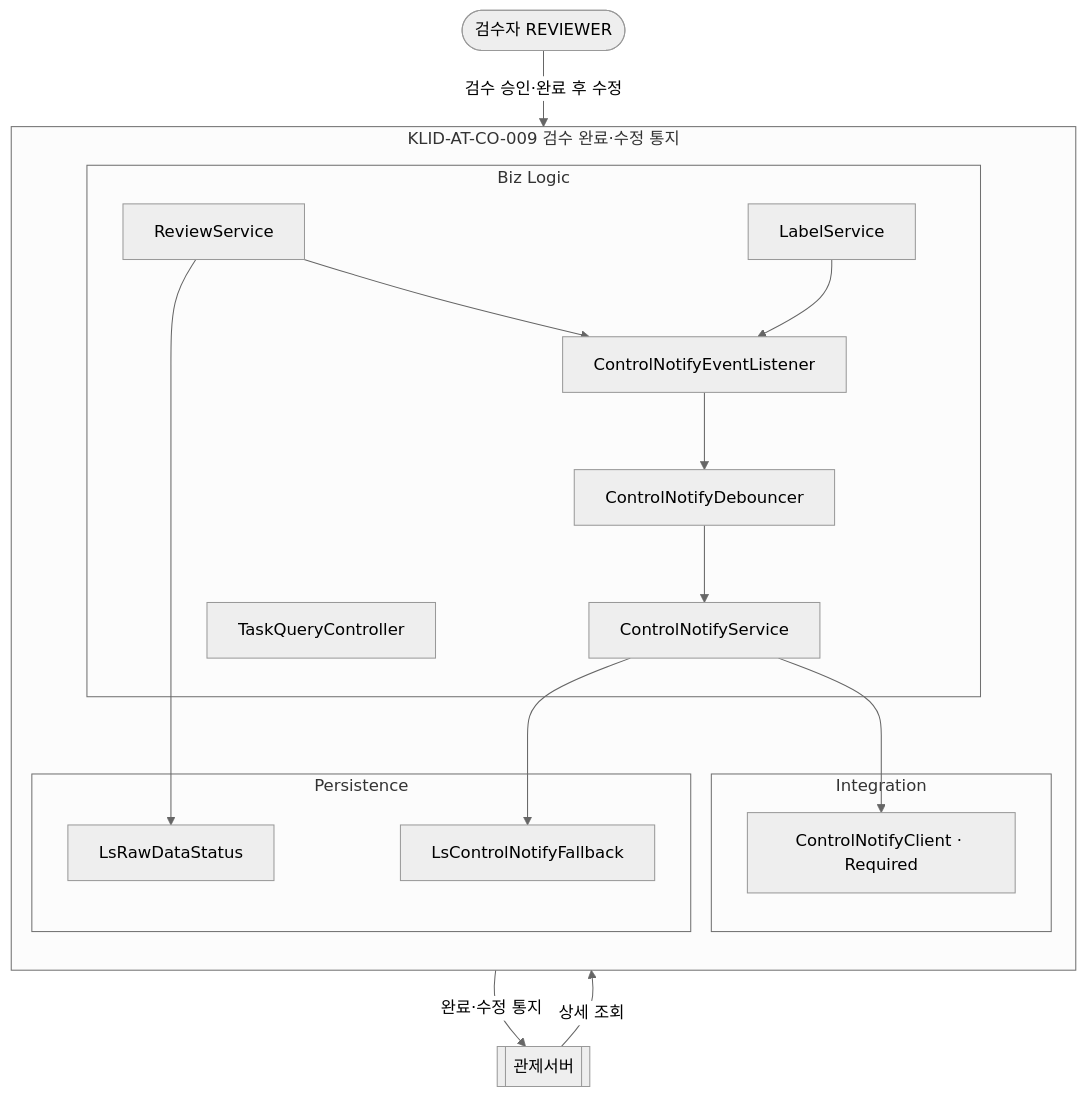
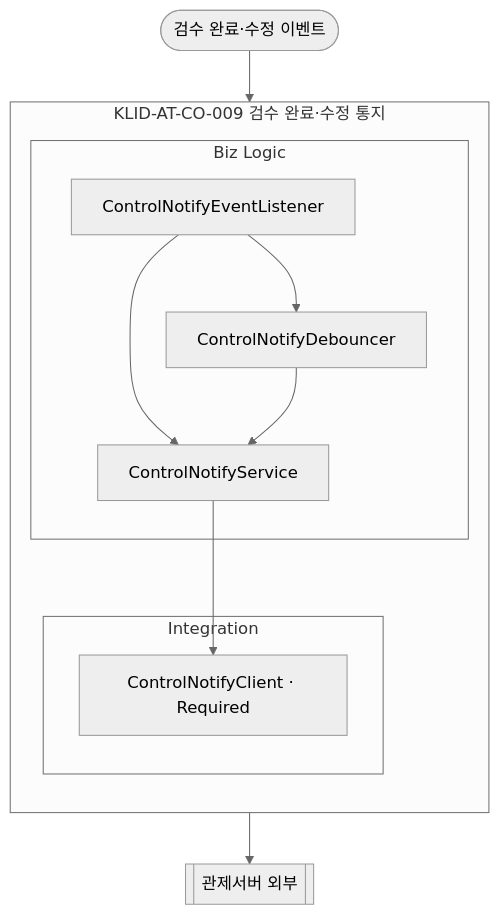
Before and after one commit to New-stella/klid-label: the ninth of 18 diagrams in docs/design/D3-컴포넌트설계서.md, drawn with Mermaid (neutral theme). The commit also changed other lines of this file and 7 other files, not shown here.

````diff
--- a/docs/design/D3-컴포넌트설계서.md
+++ b/docs/design/D3-컴포넌트설계서.md
@@ -285,33 +280,22 @@
 ```mermaid
 flowchart TD
-    REVIEWER([검수자 REVIEWER])
-    CTRL[[관제서버]]
+    EVT([검수 완료·수정 이벤트])
+    CTRL[[관제서버 외부]]
     subgraph CO009[KLID-AT-CO-009 검수 완료·수정 통지]
         direction TB
         subgraph BIZ9[Biz Logic]
-            RS[ReviewService]
-            LS[LabelService]
-            CNL[ControlNotifyEventListener]
-            CND[ControlNotifyDebouncer]
+            CEL[ControlNotifyEventListener]
+            CDB[ControlNotifyDebouncer]
             CNS[ControlNotifyService]
-            TQC[TaskQueryController]
         end
         subgraph INT9[Integration]
             CNC[ControlNotifyClient · Required]
         end
-        subgraph PER9[Persistence]
-            LCF[LsControlNotifyFallback]
-            LRS[LsRawDataStatus]
-        end
-        RS --> CNL
-        LS --> CNL
-        CNL --> CND
-        CND --> CNS
+        CEL --> CNS
+        CEL --> CDB
+        CDB --> CNS
         CNS --> CNC
-        CNS --> LCF
-        RS --> LRS
     end
-    REVIEWER -->|검수 승인·완료 후 수정| RS
-    CTRL -->|상세 조회| TQC
-    CNC -->|완료·수정 통지| CTRL
+    EVT --> CEL
+    CNC --> CTRL
 ```
````
